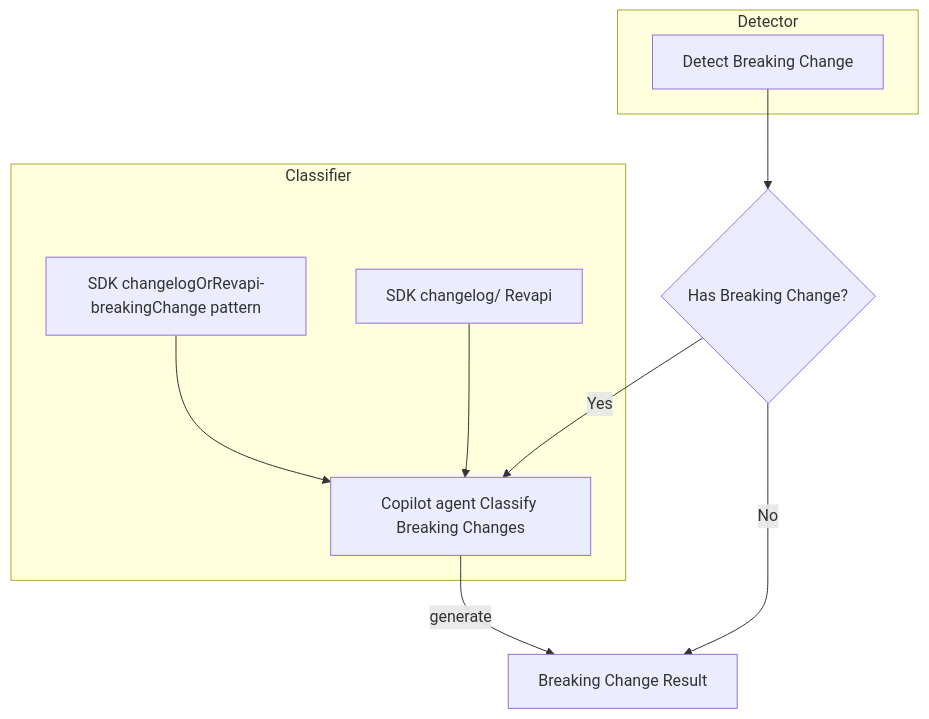
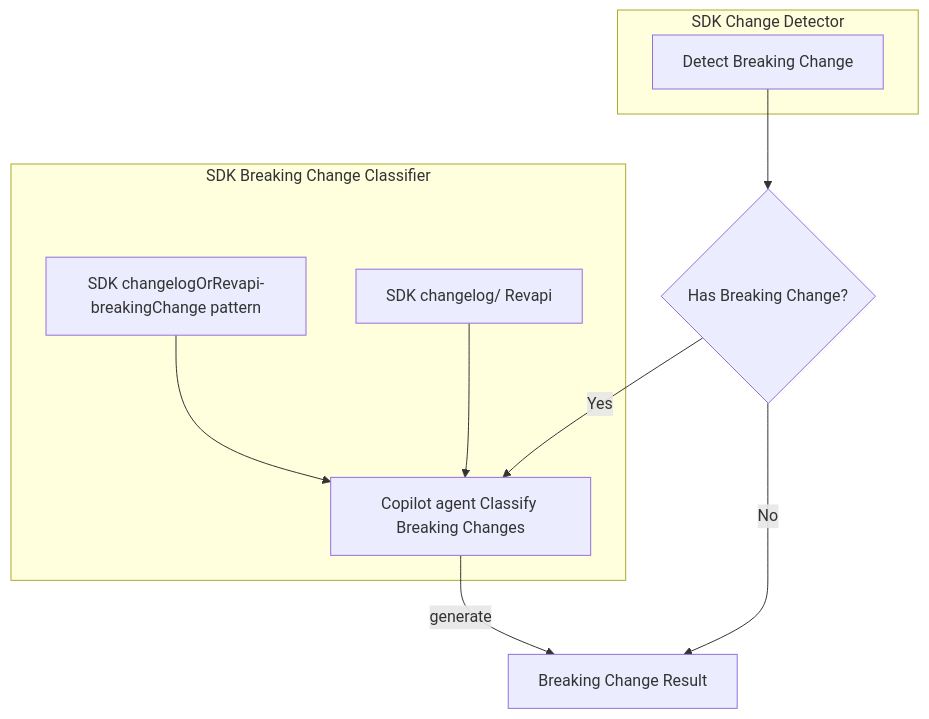
One commit to Azure/azure-sdk-tools changed the first of 2 diagrams in tools/azsdk-cli/docs/specs/sdk-breaking-change-detect.spec.md. Above: the diagram before and after it, drawn with Mermaid. The commit also changed other lines of this file, not shown here.

Commit message:
changelog-breaking patter component

````diff
--- a/tools/azsdk-cli/docs/specs/sdk-breaking-change-detect.spec.md
+++ b/tools/azsdk-cli/docs/specs/sdk-breaking-change-detect.spec.md
@@ -100,24 +103,24 @@
 ```mermaid
 flowchart TD
     A[Detect Breaking Change]
     B{Has Breaking Change?}
     C[Copilot agent Classify Breaking Changes]
     D[Breaking Change Result]
     E[SDK changelogOrRevapi-breakingChange pattern]
     F[SDK changelog/ Revapi]
-    subgraph Detector
+    subgraph SDK Change Detector
         A
     end
-    subgraph Classifier
+    subgraph SDK Breaking Change Classifier
         E
         F
         C
     end
 
     A --> B
     B -- Yes --> C
     C --> |generate| D
     B -- No --> D
     E --> C
     F --> C
 ```
````
